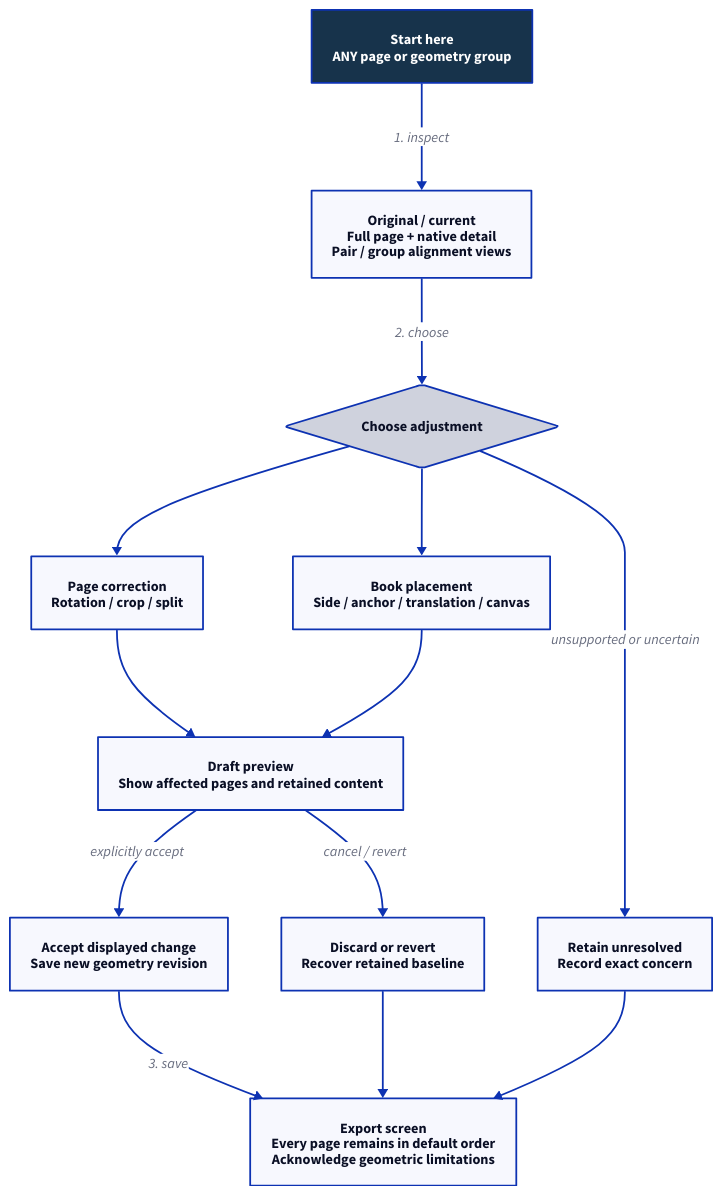
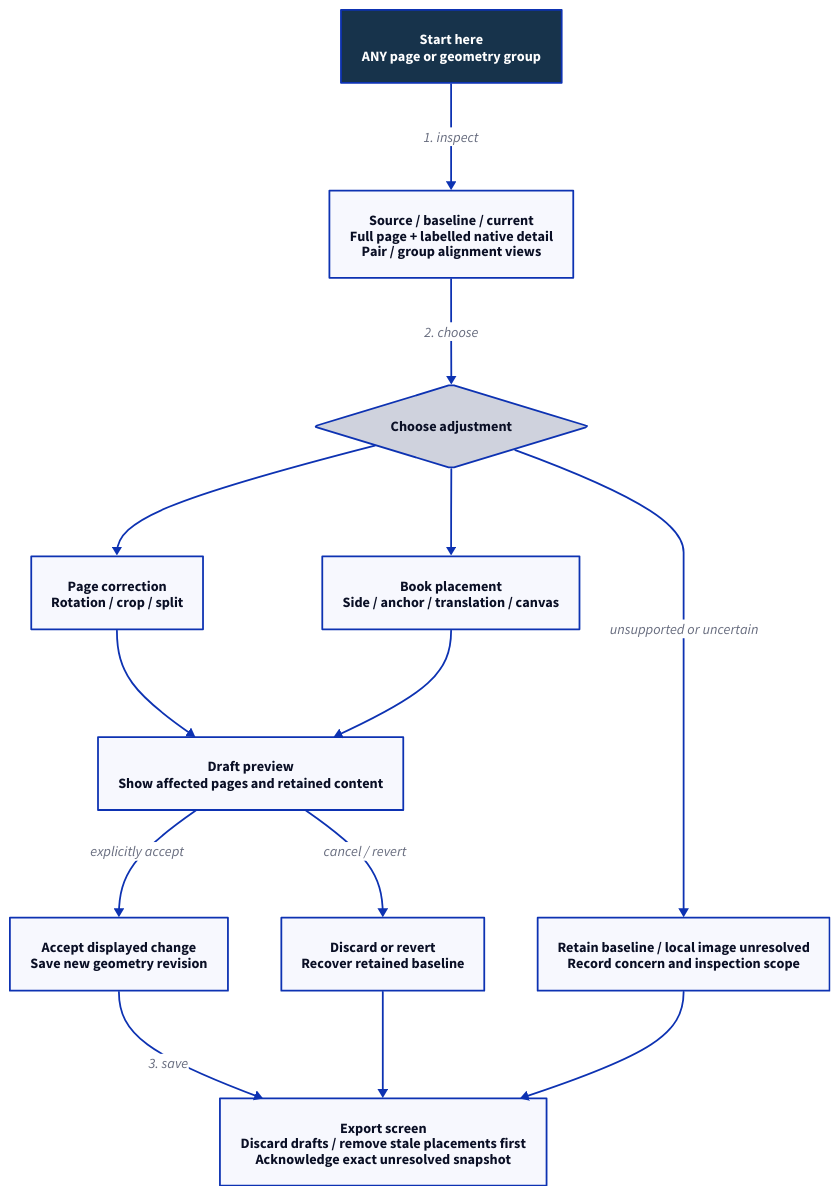
The diagram in docs/design/rotation-processor/review.d2 (Linkuistics/BookScanBuilder), drawn with D2 before and after one commit. The commit also changed 21 other files, not shown here.

```diff
--- a/docs/design/rotation-processor/review.d2
+++ b/docs/design/rotation-processor/review.d2
@@ -1,26 +1,26 @@
 direction: down
 classes: {
   start: {style: {fill: "#17334b"; font-color: white; bold: true}}
 }
 open: Start here\nANY page or geometry group {class: start}
-compare: Original / current\nFull page + native detail\nPair / group alignment views
+compare: Source / baseline / current\nFull page + labelled native detail\nPair / group alignment views
 choose: Choose adjustment {shape: diamond}
 local: Page correction\nRotation / crop / split
 book: Book placement\nSide / anchor / translation / canvas
 preview: Draft preview\nShow affected pages and retained content
 accept: Accept displayed change\nSave new geometry revision
 discard: Discard or revert\nRecover retained baseline
-unresolved: Retain unresolved\nRecord exact concern
-final: Export screen\nEvery page remains in default order\nAcknowledge geometric limitations
+unresolved: Retain baseline / local image unresolved\nRecord concern and inspection scope
+final: Export screen\nDiscard drafts / remove stale placements first\nAcknowledge exact unresolved snapshot
 open -> compare: "1. inspect"
 compare -> choose: "2. choose"
 choose -> local
 choose -> book
 local -> preview
 book -> preview
 preview -> accept: explicitly accept
 preview -> discard: cancel / revert
 choose -> unresolved: unsupported or uncertain
 accept -> final: "3. save"
 discard -> final
 unresolved -> final
```
